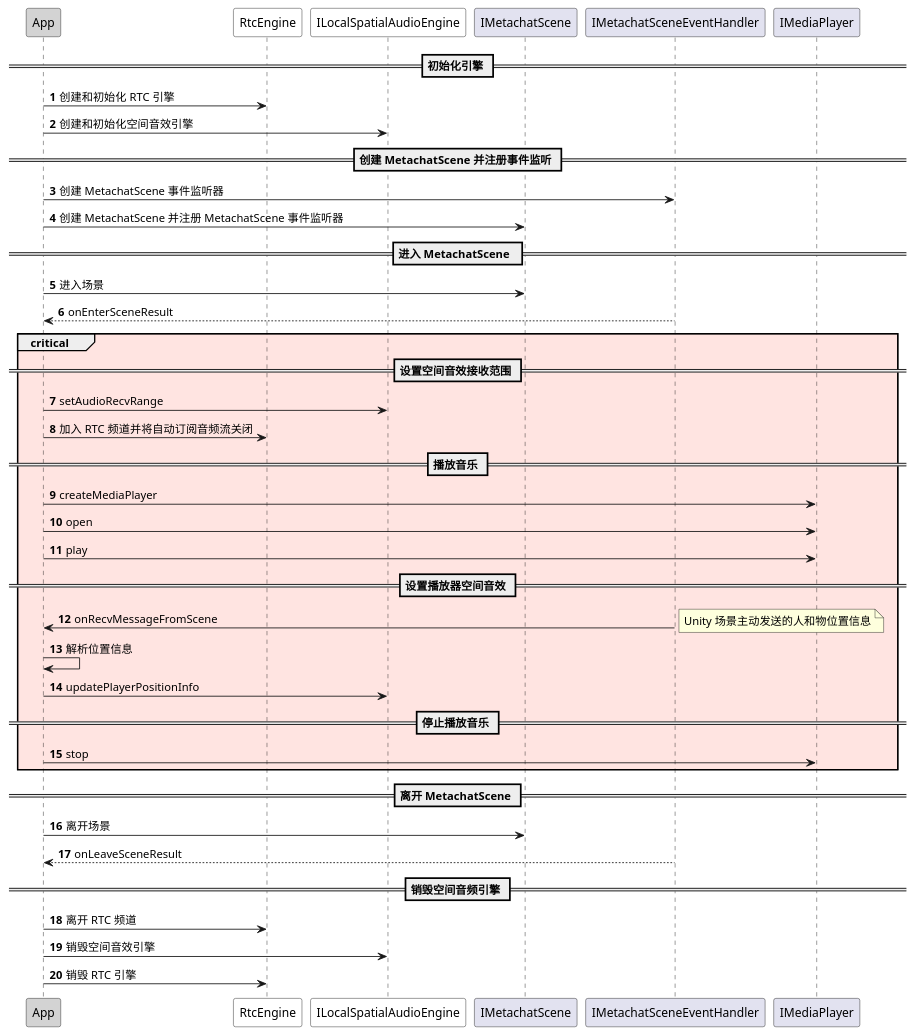
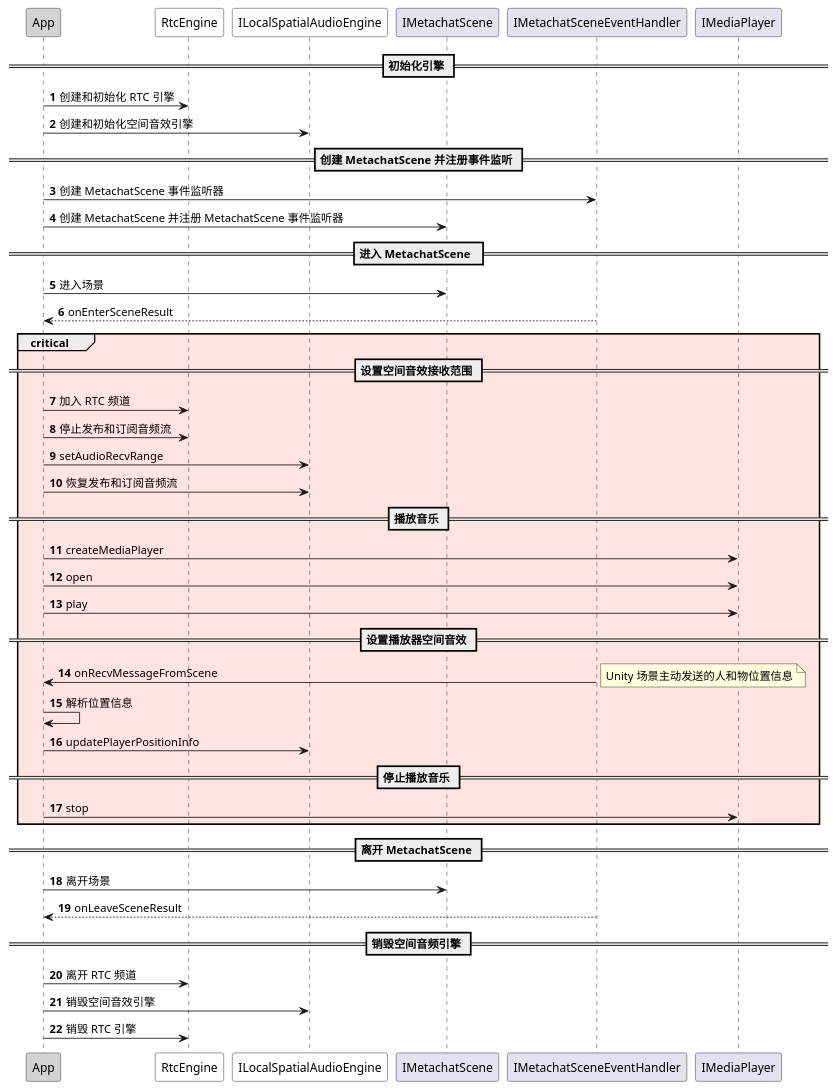
The diagram in markdown/metachat/image/ Android/音乐空间音效 Android.wsd (AgoraIO/agora_doc_source), drawn with PlantUML before and after one commit. The commit also changed 12 other files, not shown here.

```diff
--- a/markdown/metachat/image/ Android/音乐空间音效 Android.wsd
+++ b/markdown/metachat/image/ Android/音乐空间音效 Android.wsd
@@ -1,43 +1,45 @@
 @startuml
 autonumber
 participant "App" as a #LightGrey
 participant "RtcEngine" as c #White
 participant "ILocalSpatialAudioEngine" as d #White
 participant "IMetachatScene" as e
 participant "IMetachatSceneEventHandler" as b
 participant "IMediaPlayer" as f
 == 初始化引擎 ==
 a -> c: 创建和初始化 RTC 引擎
 a -> d: 创建和初始化空间音效引擎
 == 创建 MetachatScene 并注册事件监听 ==
 a -> b: 创建 MetachatScene 事件监听器
 a -> e: 创建 MetachatScene 并注册 MetachatScene 事件监听器
 == 进入 MetachatScene  ==
 a -> e: 进入场景
 b --> a: onEnterSceneResult
 critical #mistyrose
 == 设置空间音效接收范围 ==
+a -> c: 加入 RTC 频道
+a -> c: 停止发布和订阅音频流
 a -> d: setAudioRecvRange
-a -> c: 加入 RTC 频道并将自动订阅音频流关闭
+a -> d: 恢复发布和订阅音频流
 == 播放音乐 ==
 a -> f: createMediaPlayer
 a -> f: open
 a -> f: play
 == 设置播放器空间音效 ==
 b -> a: onRecvMessageFromScene
 note right
 Unity 场景主动发送的人和物位置信息
 end note
 a -> a: 解析位置信息
 a -> d: updatePlayerPositionInfo
 == 停止播放音乐 ==
 a -> f: stop
 end
 == 离开 MetachatScene ==
 a -> e: 离开场景
 b --> a: onLeaveSceneResult
 == 销毁空间音频引擎 ==
 a -> c: 离开 RTC 频道
 a -> d: 销毁空间音效引擎
 a -> c: 销毁 RTC 引擎
 @enduml
```
